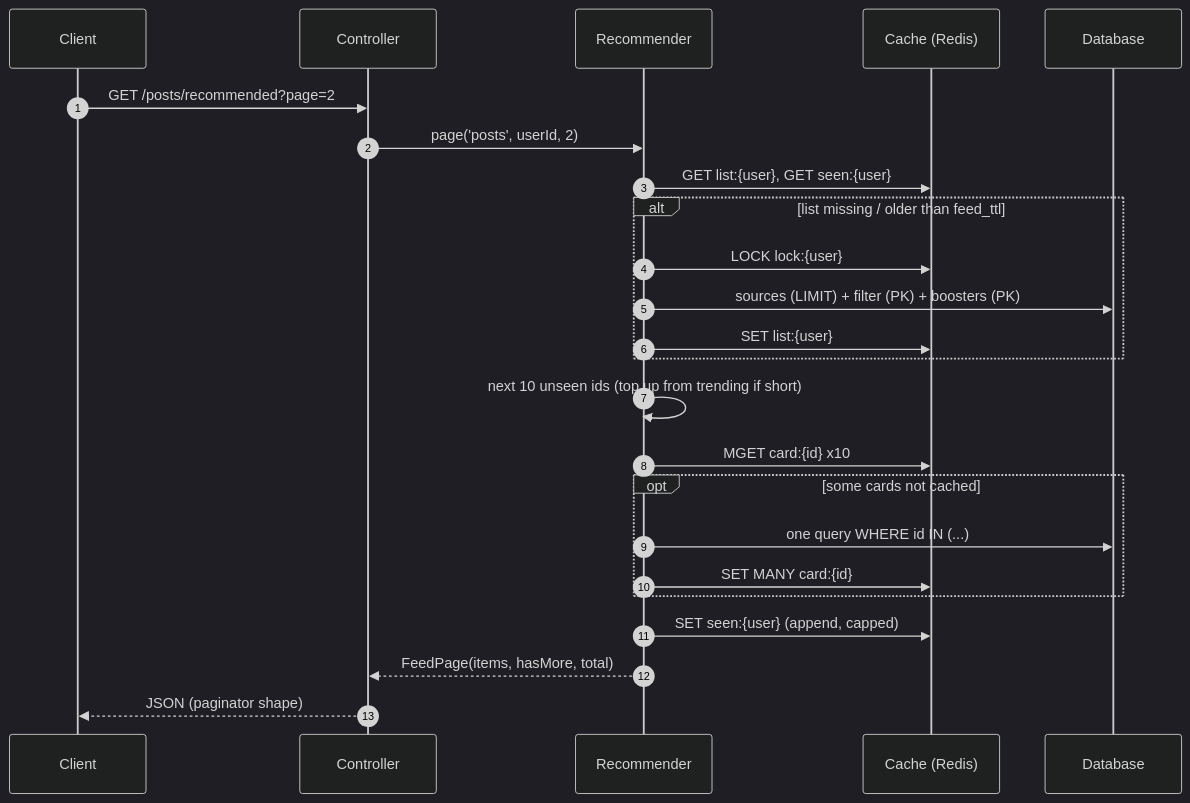
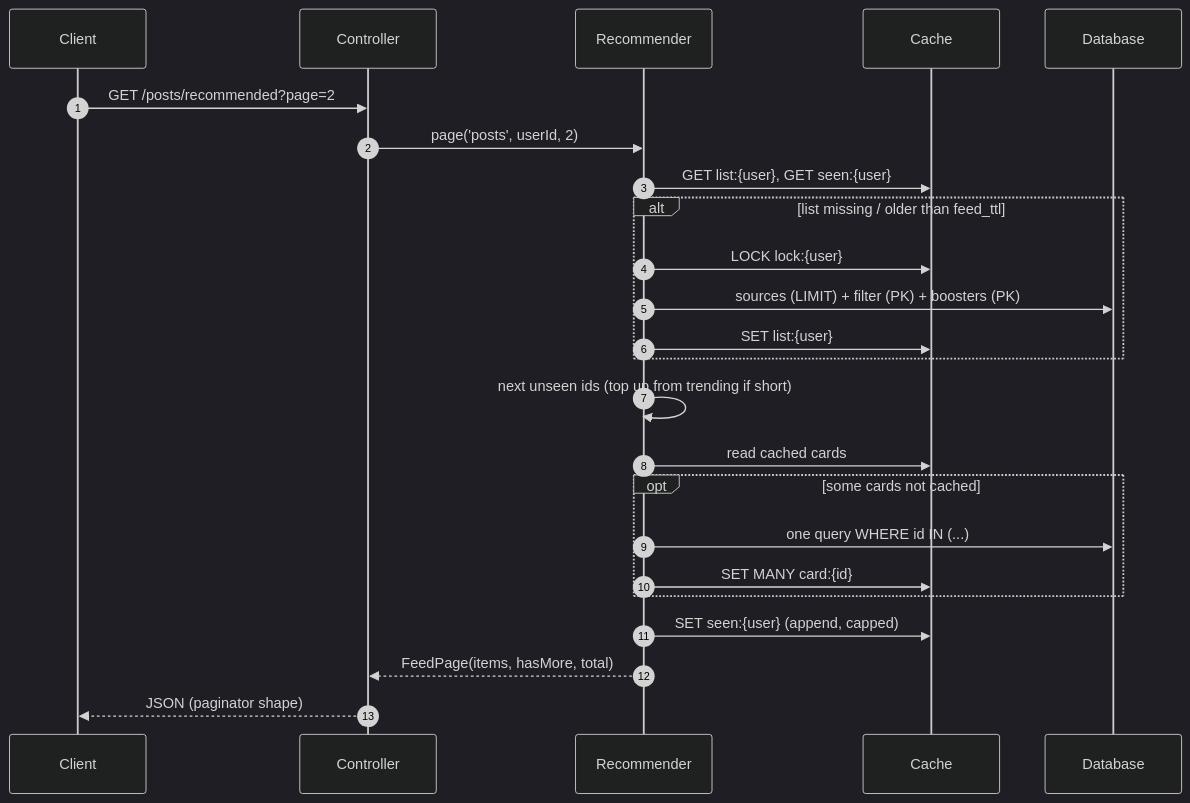
The second of 3 diagrams in docs/how-it-works.md (solutionforest/laravel-recommender), drawn with Mermaid (dark theme) before and after one commit. The commit also changed other lines of this file and 12 other files, not shown here.

````diff
--- a/docs/how-it-works.md
+++ b/docs/how-it-works.md
@@ -31,27 +33,27 @@
 ```mermaid
 sequenceDiagram
   autonumber
   participant C as Client
   participant API as Controller
   participant R as Recommender
-  participant K as Cache (Redis)
+  participant K as Cache
   participant DB as Database
 
   C->>API: GET /posts/recommended?page=2
   API->>R: page('posts', userId, 2)
   R->>K: GET list:{user}, GET seen:{user}
   alt list missing / older than feed_ttl
     R->>K: LOCK lock:{user}
     R->>DB: sources (LIMIT) + filter (PK) + boosters (PK)
     R->>K: SET list:{user}
   end
-  R->>R: next 10 unseen ids (top up from trending if short)
-  R->>K: MGET card:{id} x10
+  R->>R: next unseen ids (top up from trending if short)
+  R->>K: read cached cards
   opt some cards not cached
     R->>DB: one query WHERE id IN (...)
     R->>K: SET MANY card:{id}
   end
   R->>K: SET seen:{user} (append, capped)
   R-->>API: FeedPage(items, hasMore, total)
   API-->>C: JSON (paginator shape)
 ```
````
